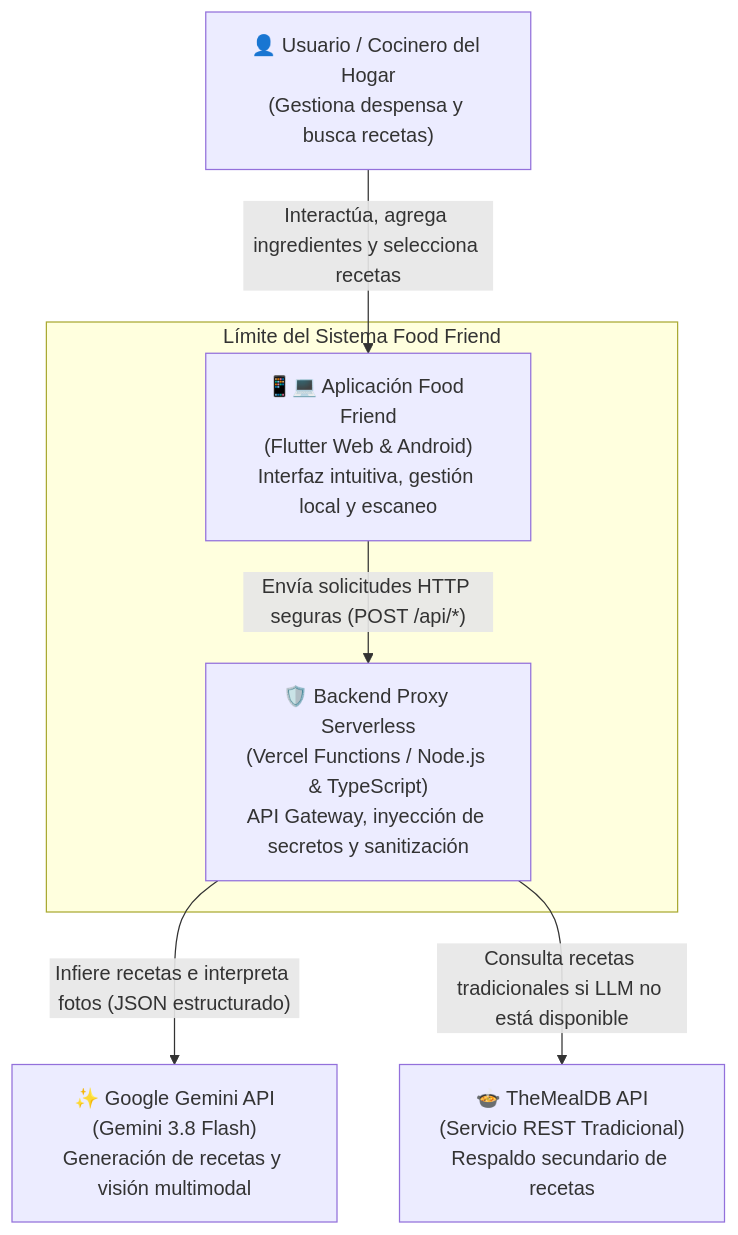
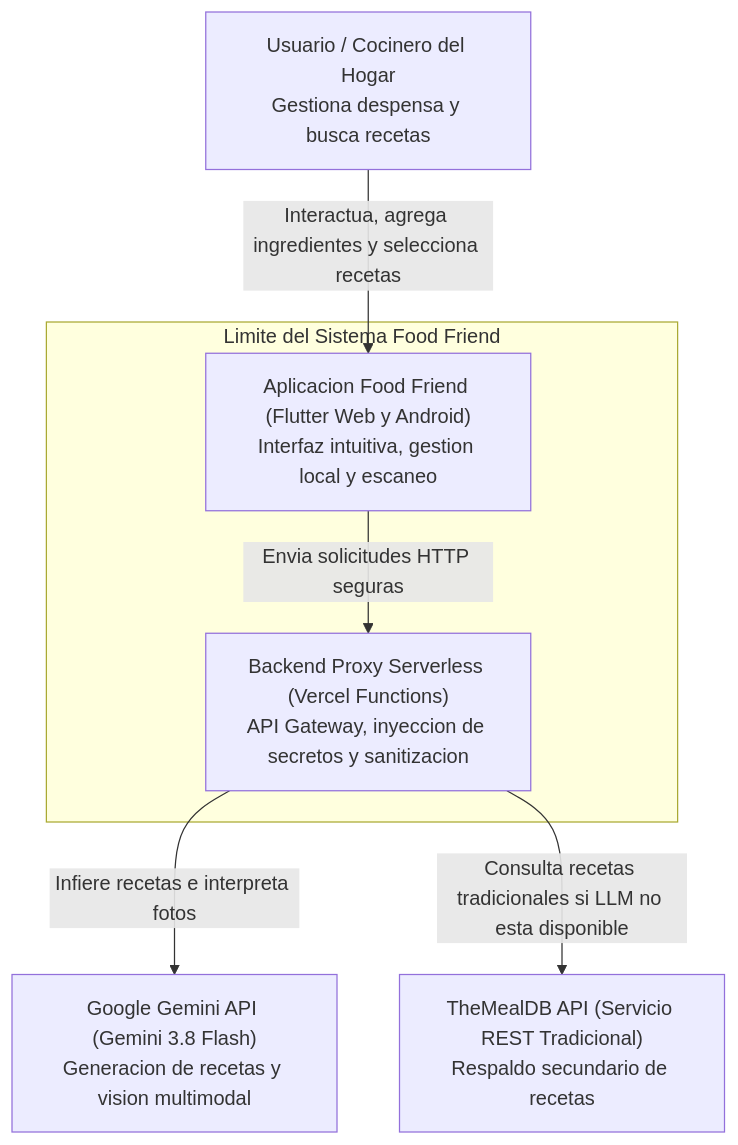
Before and after one commit to innovationlabug/food-friend: the first of 3 diagrams in docs/readme/arquitectura.md, drawn with Mermaid. The commit also changed other lines of this file and 1 other file, not shown here.

First line of the commit message:
docs(readme): remove emojis and fix GitHub Mermaid diagram syntax

````diff
--- a/docs/readme/arquitectura.md
+++ b/docs/readme/arquitectura.md
@@ -23,17 +23,17 @@
 ```mermaid
 flowchart TD
-    User["👤 Usuario / Cocinero del Hogar\n(Gestiona despensa y busca recetas)"]
+    User["Usuario / Cocinero del Hogar<br/>Gestiona despensa y busca recetas"]
 
-    subgraph Boundary["Límite del Sistema Food Friend"]
-        App["📱💻 Aplicación Food Friend\n(Flutter Web & Android)\nInterfaz intuitiva, gestión local y escaneo"]
-        Proxy["🛡️ Backend Proxy Serverless\n(Vercel Functions / Node.js & TypeScript)\nAPI Gateway, inyección de secretos y sanitización"]
+    subgraph Boundary ["Limite del Sistema Food Friend"]
+        App["Aplicacion Food Friend (Flutter Web y Android)<br/>Interfaz intuitiva, gestion local y escaneo"]
+        Proxy["Backend Proxy Serverless (Vercel Functions)<br/>API Gateway, inyeccion de secretos y sanitizacion"]
     end
 
-    Gemini["✨ Google Gemini API\n(Gemini 3.8 Flash)\nGeneración de recetas y visión multimodal"]
-    MealDB["🍲 TheMealDB API\n(Servicio REST Tradicional)\nRespaldo secundario de recetas"]
+    Gemini["Google Gemini API (Gemini 3.8 Flash)<br/>Generacion de recetas y vision multimodal"]
+    MealDB["TheMealDB API (Servicio REST Tradicional)<br/>Respaldo secundario de recetas"]
 
-    User -->|"Interactúa, agrega ingredientes y selecciona recetas"| App
-    App -->|"Envía solicitudes HTTP seguras (POST /api/*)"| Proxy
-    Proxy -->|"Infiere recetas e interpreta fotos (JSON estructurado)"| Gemini
-    Proxy -->|"Consulta recetas tradicionales si LLM no está disponible"| MealDB
+    User -->|Interactua, agrega ingredientes y selecciona recetas| App
+    App -->|Envia solicitudes HTTP seguras| Proxy
+    Proxy -->|Infiere recetas e interpreta fotos| Gemini
+    Proxy -->|Consulta recetas tradicionales si LLM no esta disponible| MealDB
 ```
````
